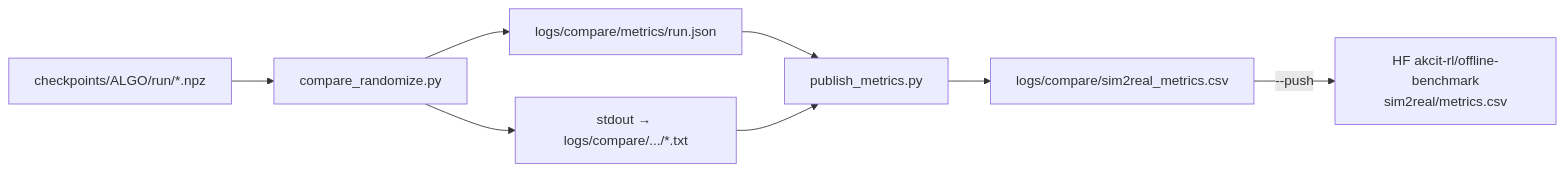
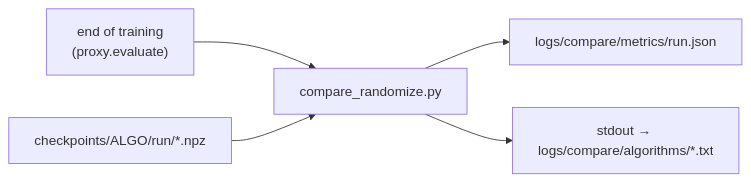
The diagram in scripts/README.md (AKCIT-RL/CORL), drawn with Mermaid before and after one commit. The commit also changed other lines of this file and 116 other files, not shown here.

````diff
--- a/scripts/README.md
+++ b/scripts/README.md
@@ -9,10 +8,7 @@
 ```mermaid
 flowchart LR
+    T["end of training<br/>(proxy.evaluate)"] --> B
     A["checkpoints/ALGO/run/*.npz"] --> B["compare_randomize.py"]
     B --> C["logs/compare/metrics/run.json"]
-    B --> D["stdout → logs/compare/.../*.txt"]
-    C --> E["publish_metrics.py"]
-    D --> E
-    E --> F["logs/compare/sim2real_metrics.csv"]
-    F -->|--push| G["HF akcit-rl/offline-benchmark<br/>sim2real/metrics.csv"]
+    B --> D["stdout → logs/compare/algorithms/*.txt"]
 ```
````
